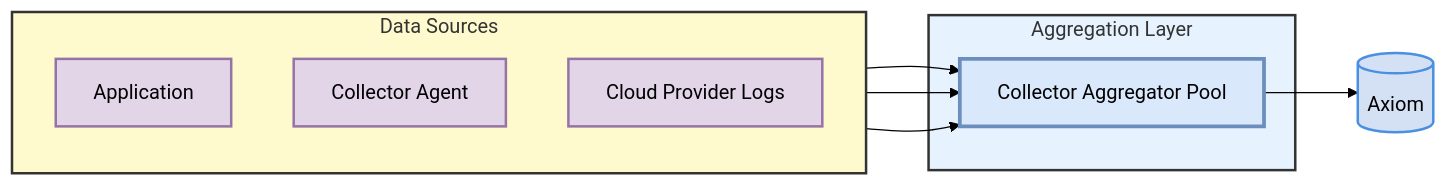
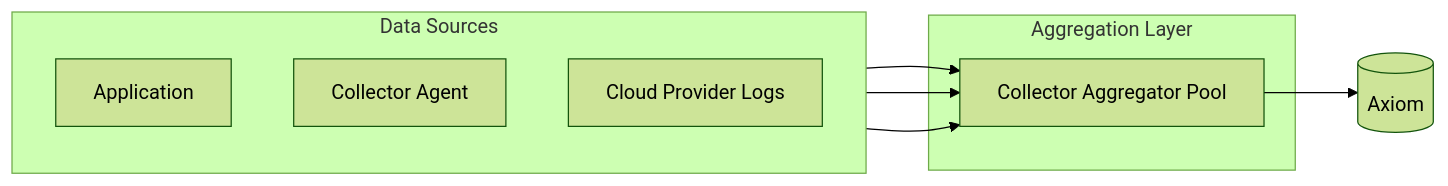
One commit to axiomhq/docs changed the second of 2 diagrams in send-data/reference-architectures.mdx. Above: the diagram before and after it, drawn with Mermaid (forest theme). The commit also changed other lines of this file, not shown here.

Commit message:
fix: remove customer colors from mermaid diagrams to support light and dark mode

````diff
--- a/send-data/reference-architectures.mdx
+++ b/send-data/reference-architectures.mdx
@@ -71,27 +63,19 @@
 ```mermaid
 flowchart LR
     subgraph Sources["Data Sources"]
         direction TB
         App[Application]
         Agent[Collector Agent]
         CloudLogs[Cloud Provider Logs]
     end
     
     subgraph AggLayer["Aggregation Layer"]
         Pool[Collector Aggregator Pool]
     end
     
     App --> Pool
     Agent --> Pool
     CloudLogs --> Pool
     
     Pool --> Axiom[(Axiom)]
-    
-    style Sources fill:#fffacd,stroke:#333,stroke-width:2px
-    style AggLayer fill:#e6f3ff,stroke:#333,stroke-width:2px
-    style App fill:#e1d5e7,stroke:#9673a6,stroke-width:2px
-    style Agent fill:#e1d5e7,stroke:#9673a6,stroke-width:2px
-    style CloudLogs fill:#e1d5e7,stroke:#9673a6,stroke-width:2px
-    style Pool fill:#dae8fc,stroke:#6c8ebf,stroke-width:3px
-    style Axiom fill:#d4e1f5,stroke:#4a90e2,stroke-width:2px
 ```
````
